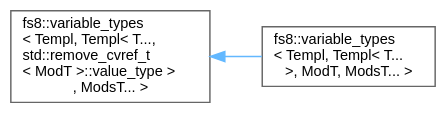
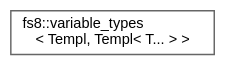
One commit to the-moisrex/foresight changed the diagram in api/inherit_graph_118.dot. Above: the diagram before and after it, drawn with Graphviz. The commit also changed 211 other files, not shown here.

```diff
--- a/api/inherit_graph_118.dot
+++ b/api/inherit_graph_118.dot
@@ -1,11 +1,9 @@
 digraph "Graphical Class Hierarchy"
 {
  // LATEX_PDF_SIZE
   bgcolor="transparent";
   edge [fontname=Helvetica,fontsize=10,labelfontname=Helvetica,labelfontsize=10];
   node [fontname=Helvetica,fontsize=10,shape=box,height=0.2,width=0.4];
   rankdir="LR";
-  Node0 [id="Node000000",label="fs8::variable_types\l\< Templ, Templ\< T...,\l std::remove_cvref_t\l\< ModT \>::value_type \>\l, ModsT... \>",height=0.2,width=0.4,color="grey40", fillcolor="white", style="filled",URL="$structfs8_1_1variable__types.html",tooltip=" "];
-  Node0 -> Node1 [id="edge98_Node000000_Node000001",dir="back",color="steelblue1",style="solid",tooltip=" "];
-  Node1 [id="Node000001",label="fs8::variable_types\l\< Templ, Templ\< T...\l \>, ModT, ModsT... \>",height=0.2,width=0.4,color="grey40", fillcolor="white", style="filled",URL="$structfs8_1_1variable__types_3_01Templ_00_01Templ_3_01T_8_8_8_01_4_00_01ModT_00_01ModsT_8_8_8_01_4.html",tooltip=" "];
+  Node0 [id="Node000000",label="fs8::variable_types\l\< Templ, Templ\< T... \> \>",height=0.2,width=0.4,color="grey40", fillcolor="white", style="filled",URL="$structfs8_1_1variable__types_3_01Templ_00_01Templ_3_01T_8_8_8_01_4_01_4.html",tooltip=" "];
 }
```
